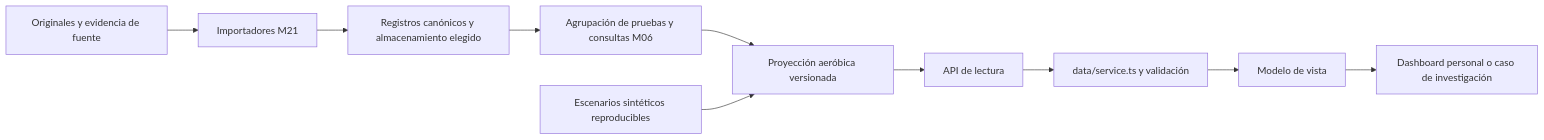
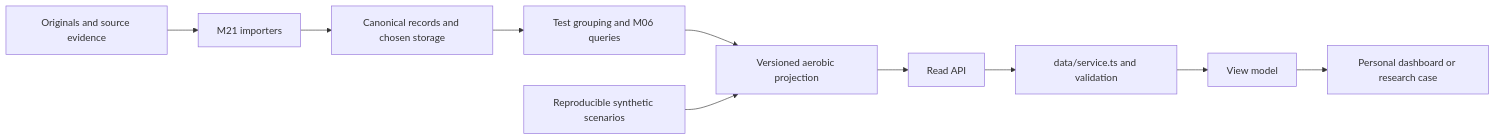
The diagram in frontend/docs/design/aerobic-data-integration-analysis.md (0xnotwired/202611-nasahackathon), drawn with Mermaid before and after one commit. The commit also changed other lines of this file and 93 other files, not shown here.

First line of the commit message:
feat(agent): translate the frontend to English and move it onto the main data model

````diff
--- a/frontend/docs/design/aerobic-data-integration-analysis.md
+++ b/frontend/docs/design/aerobic-data-integration-analysis.md
@@ -220,12 +219,12 @@
 ```mermaid
 flowchart LR
-  A[Originales y evidencia de fuente] --> B[Importadores M21]
-  B --> C[Registros canónicos y almacenamiento elegido]
-  C --> D[Agrupación de pruebas y consultas M06]
-  D --> E[Proyección aeróbica versionada]
-  E --> F[API de lectura]
-  F --> G[data/service.ts y validación]
-  G --> H[Modelo de vista]
-  H --> I[Dashboard personal o caso de investigación]
-  S[Escenarios sintéticos reproducibles] --> E
+  A[Originals and source evidence] --> B[M21 importers]
+  B --> C[Canonical records and chosen storage]
+  C --> D[Test grouping and M06 queries]
+  D --> E[Versioned aerobic projection]
+  E --> F[Read API]
+  F --> G[data/service.ts and validation]
+  G --> H[View model]
+  H --> I[Personal dashboard or research case]
+  S[Reproducible synthetic scenarios] --> E
 ```
````
